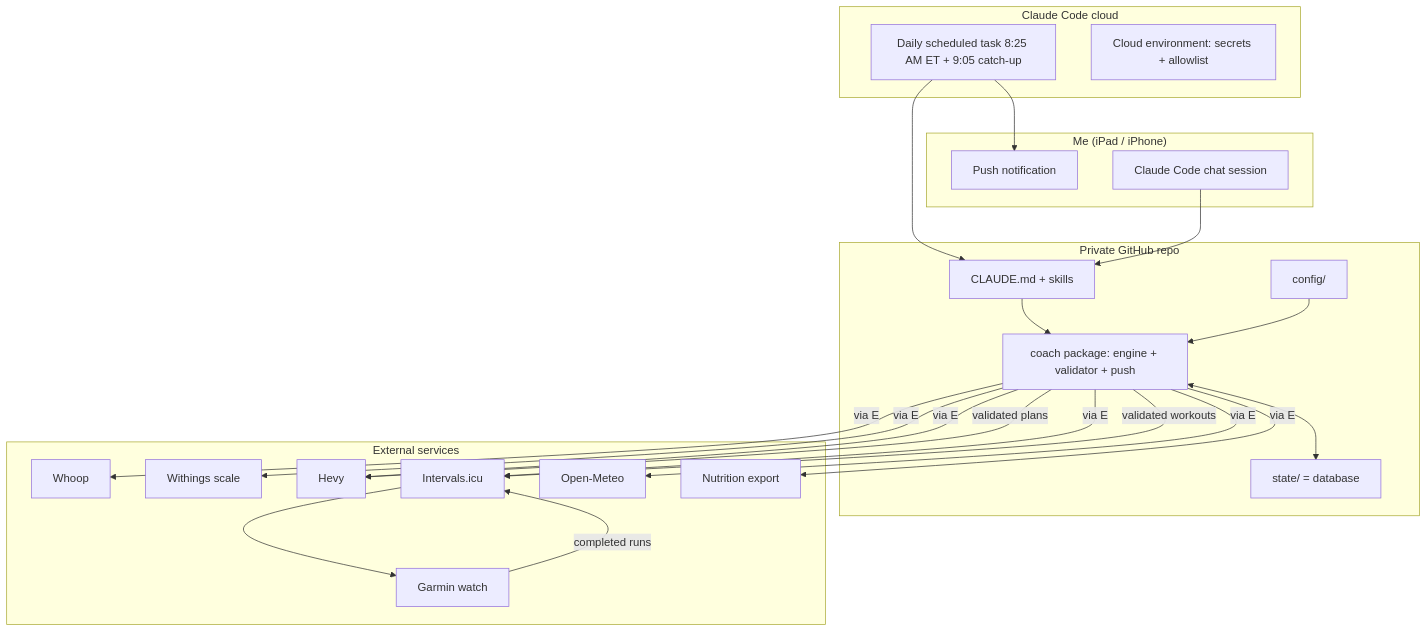
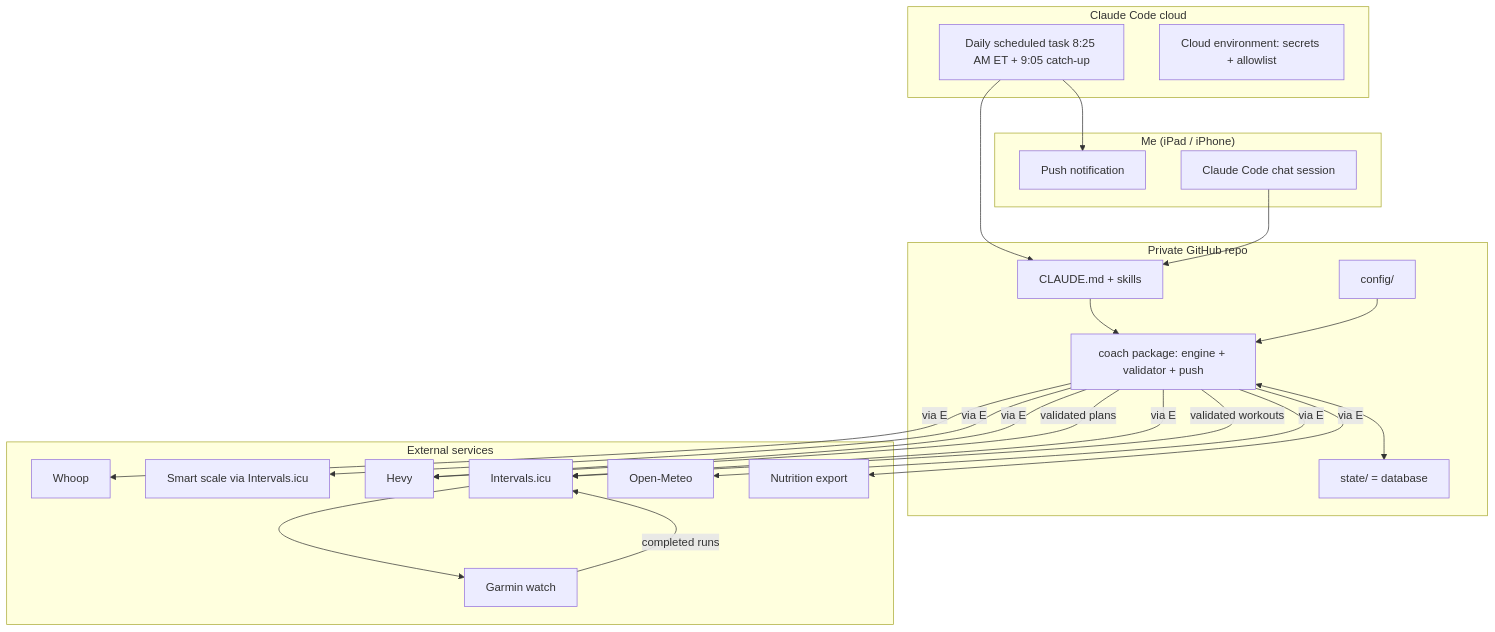
The first of 6 diagrams in docs/BUILD_PROMPT.md (evanspill/coach), drawn with Mermaid before and after one commit. The commit also changed other lines of this file and 41 other files, not shown here.

````diff
--- a/docs/BUILD_PROMPT.md
+++ b/docs/BUILD_PROMPT.md
@@ -405,37 +405,37 @@
 ```mermaid
 flowchart TB
   subgraph Me["Me (iPad / iPhone)"]
     N[Push notification]
     S[Claude Code chat session]
   end
   subgraph Claude["Claude Code cloud"]
     T[Daily scheduled task 8:25 AM ET + 9:05 catch-up]
     E[Cloud environment: secrets + allowlist]
   end
   subgraph Repo["Private GitHub repo"]
     K[CLAUDE.md + skills]
     C[config/]
     P[coach package: engine + validator + push]
     ST[state/ = database]
   end
   subgraph APIs["External services"]
     W[Whoop]
-    WS[Withings scale]
+    WS[Smart scale via Intervals.icu]
     H[Hevy]
     I[Intervals.icu]
     G[Garmin watch]
     M[Open-Meteo]
     NU[Nutrition export]
   end
   T --> K
   S --> K
   K --> P
   P <--> ST
   C --> P
   P -- via E --> W & WS & H & I & M & NU
   P -- validated plans --> H
   P -- validated workouts --> I
   I --> G
   G -- completed runs --> I
   T --> N
 ```
````
